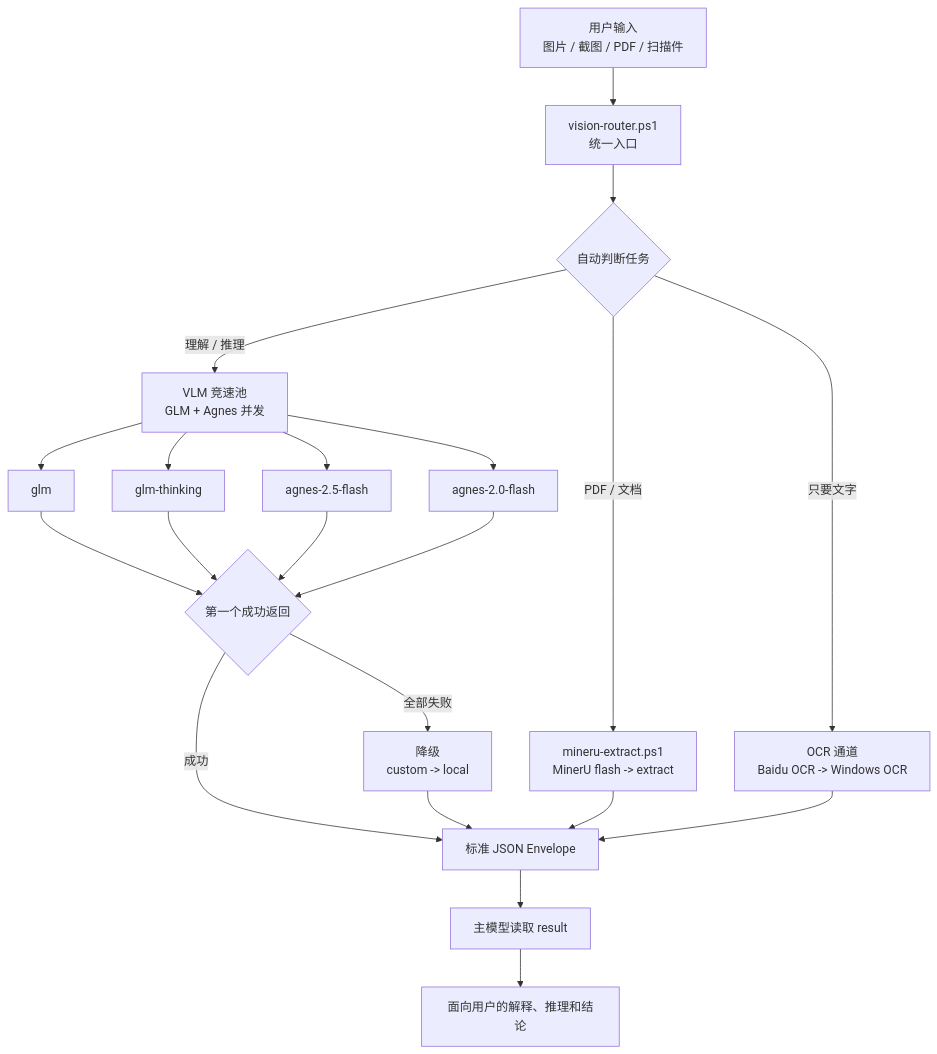
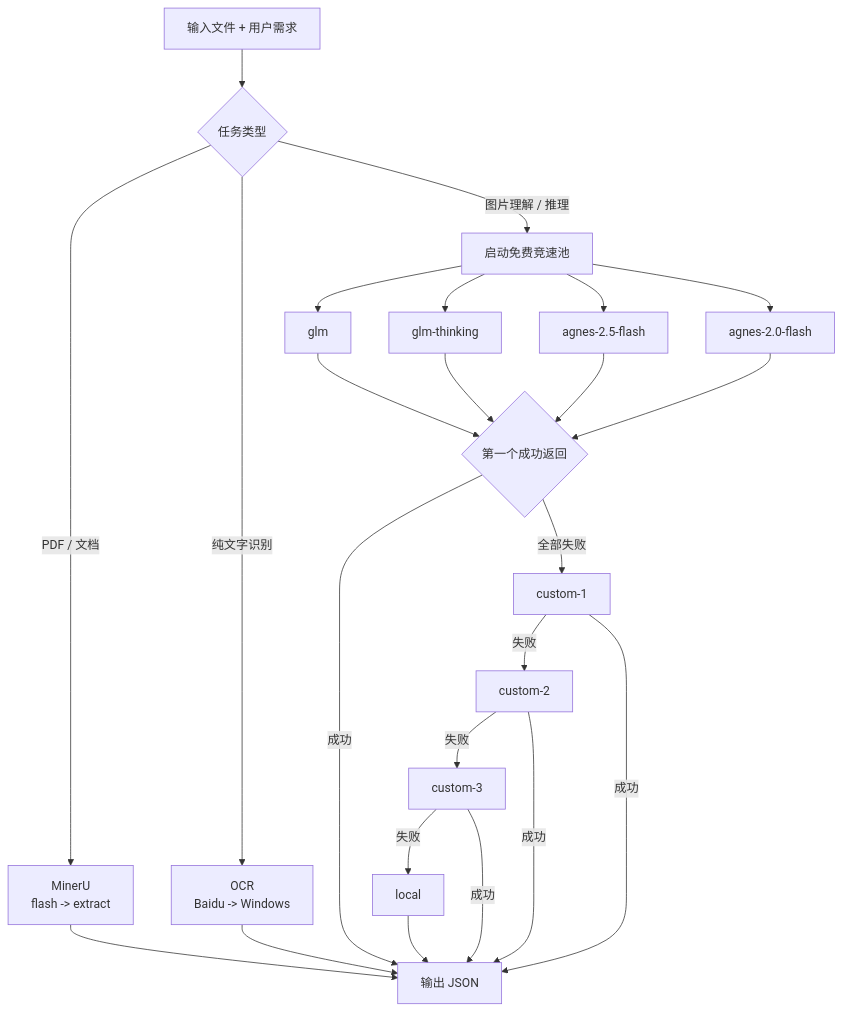
One commit to Sorwcyra/ds-vision-skill changed the second of 4 diagrams in README.md. Above: the diagram before and after it, drawn with Mermaid. The commit also changed other lines of this file and 8 other files, not shown here.

````diff
--- a/README.md
+++ b/README.md
@@ -34,28 +89,31 @@
 ```mermaid
 flowchart TD
-    A["用户输入<br/>图片 / 截图 / PDF / 扫描件"] --> B["vision-router.ps1<br/>统一入口"]
-    B --> C{"自动判断任务"}
+    A["输入文件 + 用户需求"] --> B{"任务类型"}
 
-    C -->|PDF / 文档| D["mineru-extract.ps1<br/>MinerU flash -> extract"]
-    C -->|只要文字| E["OCR 通道<br/>Baidu OCR -> Windows OCR"]
-    C -->|理解 / 推理| F["VLM 竞速池<br/>GLM + Agnes 并发"]
+    B -->|PDF / 文档| C["MinerU<br/>flash -> extract"]
+    B -->|纯文字识别| D["OCR<br/>Baidu -> Windows"]
+    B -->|图片理解 / 推理| E["启动免费竞速池"]
 
-    F --> F1["glm"]
-    F --> F2["glm-thinking"]
-    F --> F3["agnes-2.5-flash"]
-    F --> F4["agnes-2.0-flash"]
+    E --> E1["glm"]
+    E --> E2["glm-thinking"]
+    E --> E3["agnes-2.5-flash"]
+    E --> E4["agnes-2.0-flash"]
 
-    F1 --> G{"第一个成功返回"}
-    F2 --> G
-    F3 --> G
-    F4 --> G
+    E1 --> F{"第一个成功返回"}
+    E2 --> F
+    E3 --> F
+    E4 --> F
 
-    G -->|成功| J["标准 JSON Envelope"]
-    G -->|全部失败| H["降级<br/>custom -> local"]
-    H --> J
-    D --> J
-    E --> J
+    F -->|成功| Z["输出 JSON"]
+    F -->|全部失败| G["custom-1"]
+    G -->|失败| H["custom-2"]
+    H -->|失败| I["custom-3"]
+    I -->|失败| K["local"]
 
-    J --> K["主模型读取 result"]
-    K --> L["面向用户的解释、推理和结论"]
+    C --> Z
+    D --> Z
+    G -->|成功| Z
+    H -->|成功| Z
+    I -->|成功| Z
+    K --> Z
 ```
````
